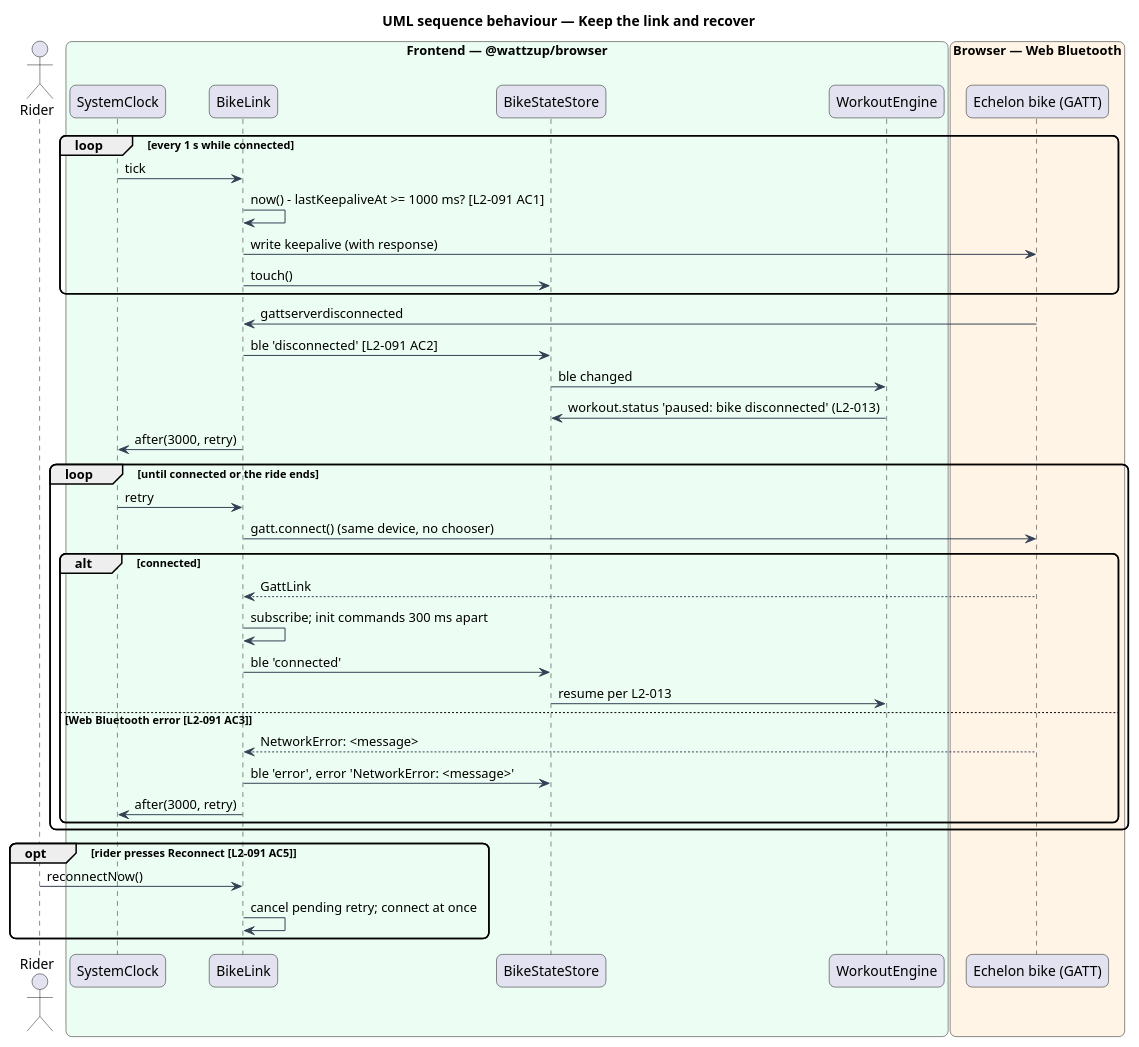
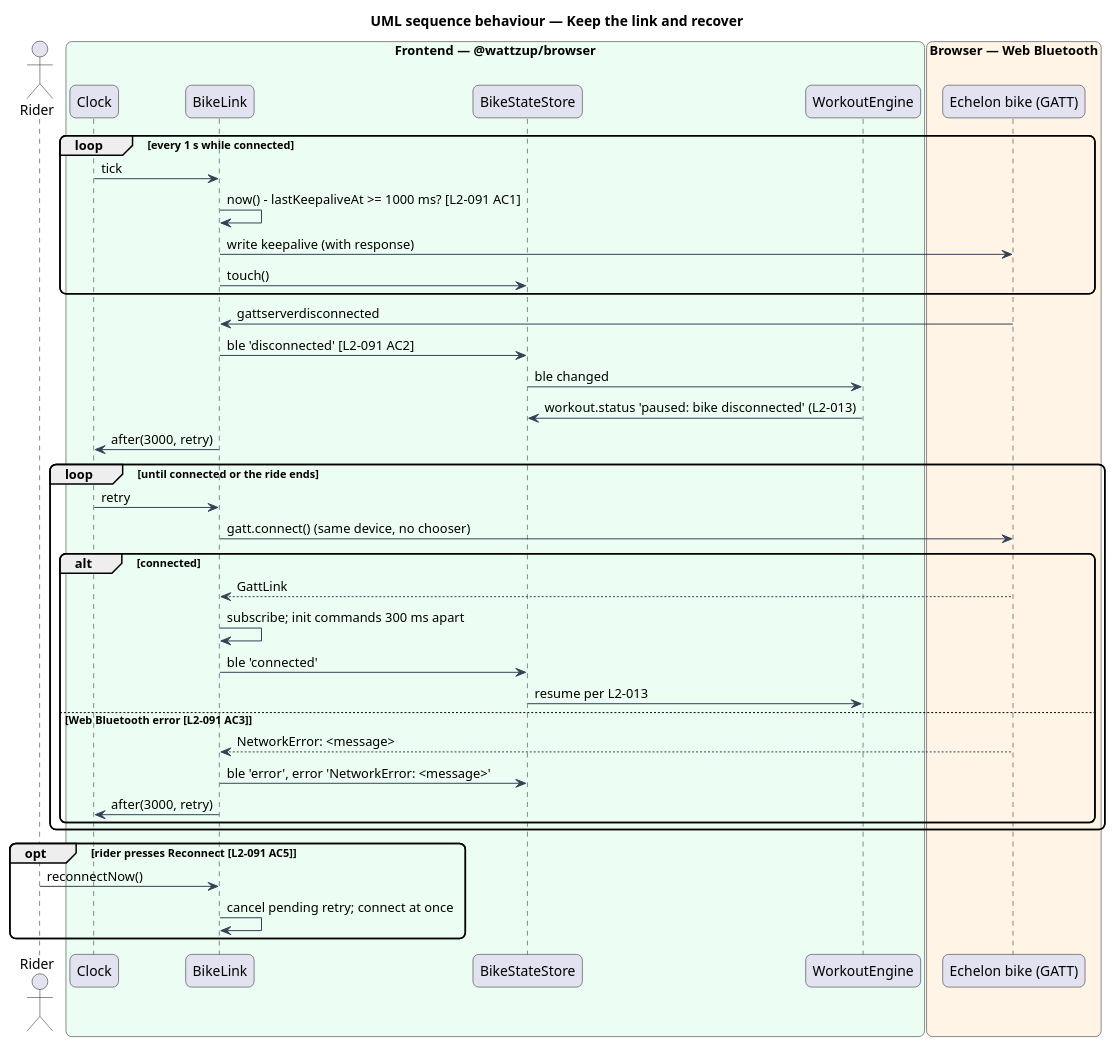
Before and after one commit to QuinntyneBrown/ride-one: the diagram in docs/detailed-designs/browser-edition/connect-bike-in-browser/diagrams/sequence-keepalive-and-recovery.puml, drawn with PlantUML. The commit also changed 25 other files, not shown here.

```diff
--- a/docs/detailed-designs/browser-edition/connect-bike-in-browser/diagrams/sequence-keepalive-and-recovery.puml
+++ b/docs/detailed-designs/browser-edition/connect-bike-in-browser/diagrams/sequence-keepalive-and-recovery.puml
@@ -1,48 +1,48 @@
 @startuml
 title UML sequence behaviour — Keep the link and recover
 skinparam backgroundColor #FFFFFF
 skinparam shadowing false
 skinparam roundcorner 12
 skinparam defaultFontName Arial
 skinparam ArrowColor #344054
 actor "Rider" as rider
 box "Frontend — @wattzup/browser" #ECFDF3
-  participant "SystemClock" as clock
+  participant "Clock" as clock
   participant "BikeLink" as link
   participant "BikeStateStore" as store
   participant "WorkoutEngine" as engine
 end box
 box "Browser — Web Bluetooth" #FFF4E5
   participant "Echelon bike (GATT)" as bike
 end box
 
 loop every 1 s while connected
   clock -> link : tick
   link -> link : now() - lastKeepaliveAt >= 1000 ms? [L2-091 AC1]
   link -> bike : write keepalive (with response)
   link -> store : touch()
 end
 bike -> link : gattserverdisconnected
 link -> store : ble 'disconnected' [L2-091 AC2]
 store -> engine : ble changed
 engine -> store : workout.status 'paused: bike disconnected' (L2-013)
 link -> clock : after(3000, retry)
 loop until connected or the ride ends
   clock -> link : retry
   link -> bike : gatt.connect() (same device, no chooser)
   alt connected
     bike --> link : GattLink
     link -> link : subscribe; init commands 300 ms apart
     link -> store : ble 'connected'
     store -> engine : resume per L2-013
   else Web Bluetooth error [L2-091 AC3]
     bike --> link : NetworkError: <message>
     link -> store : ble 'error', error 'NetworkError: <message>'
     link -> clock : after(3000, retry)
   end
 end
 opt rider presses Reconnect [L2-091 AC5]
   rider -> link : reconnectNow()
   link -> link : cancel pending retry; connect at once
 end
 @enduml
```
